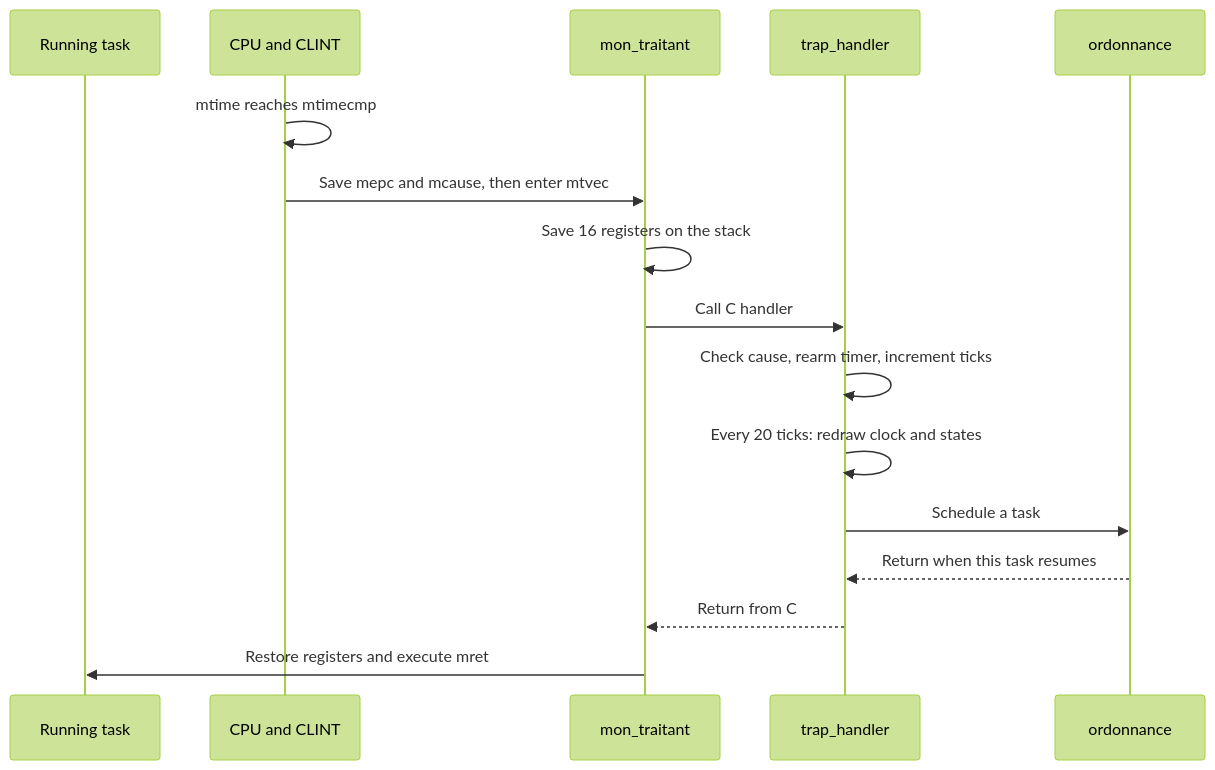
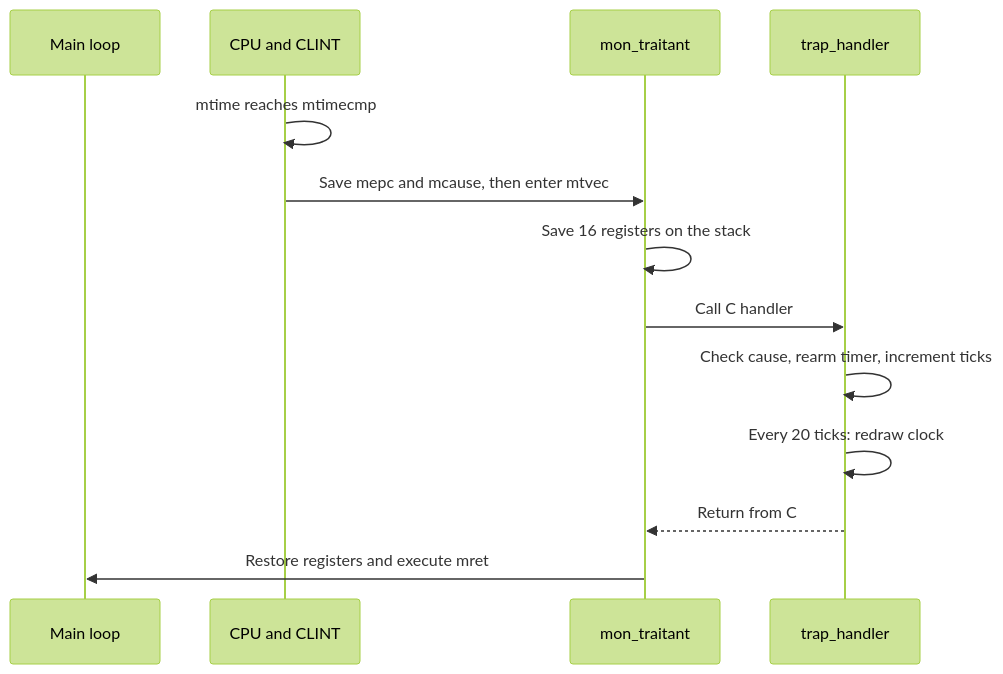
One commit to Raiagues/OS changed the diagram in docs/06-clock-interrupts.md. Above: the diagram before and after it, drawn with Mermaid (forest theme). The commit also changed other lines of this file and 275 other files, not shown here.

````diff
--- a/docs/06-clock-interrupts.md
+++ b/docs/06-clock-interrupts.md
@@ -59,18 +64,15 @@
 ```mermaid
 sequenceDiagram
-    participant T as Running task
+    participant T as Main loop
     participant H as CPU and CLINT
     participant A as mon_traitant
     participant C as trap_handler
-    participant S as ordonnance
     H->>H: mtime reaches mtimecmp
     H->>A: Save mepc and mcause, then enter mtvec
     A->>A: Save 16 registers on the stack
     A->>C: Call C handler
     C->>C: Check cause, rearm timer, increment ticks
-    C->>C: Every 20 ticks: redraw clock and states
-    C->>S: Schedule a task
-    S-->>C: Return when this task resumes
+    C->>C: Every 20 ticks: redraw clock
     C-->>A: Return from C
     A->>T: Restore registers and execute mret
 ```
````
